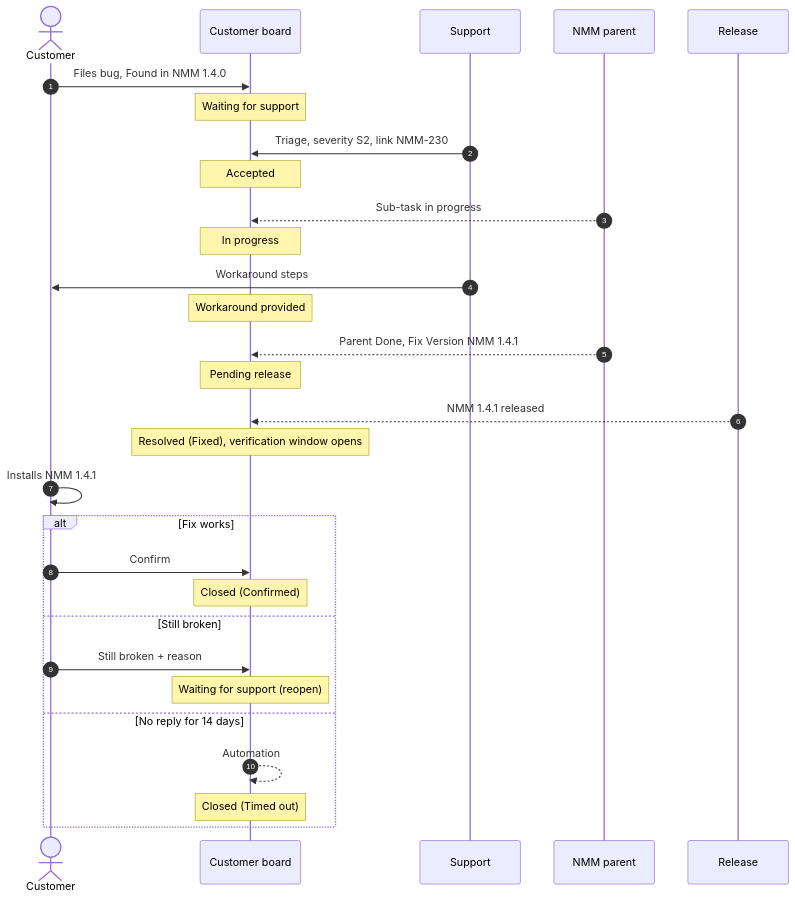
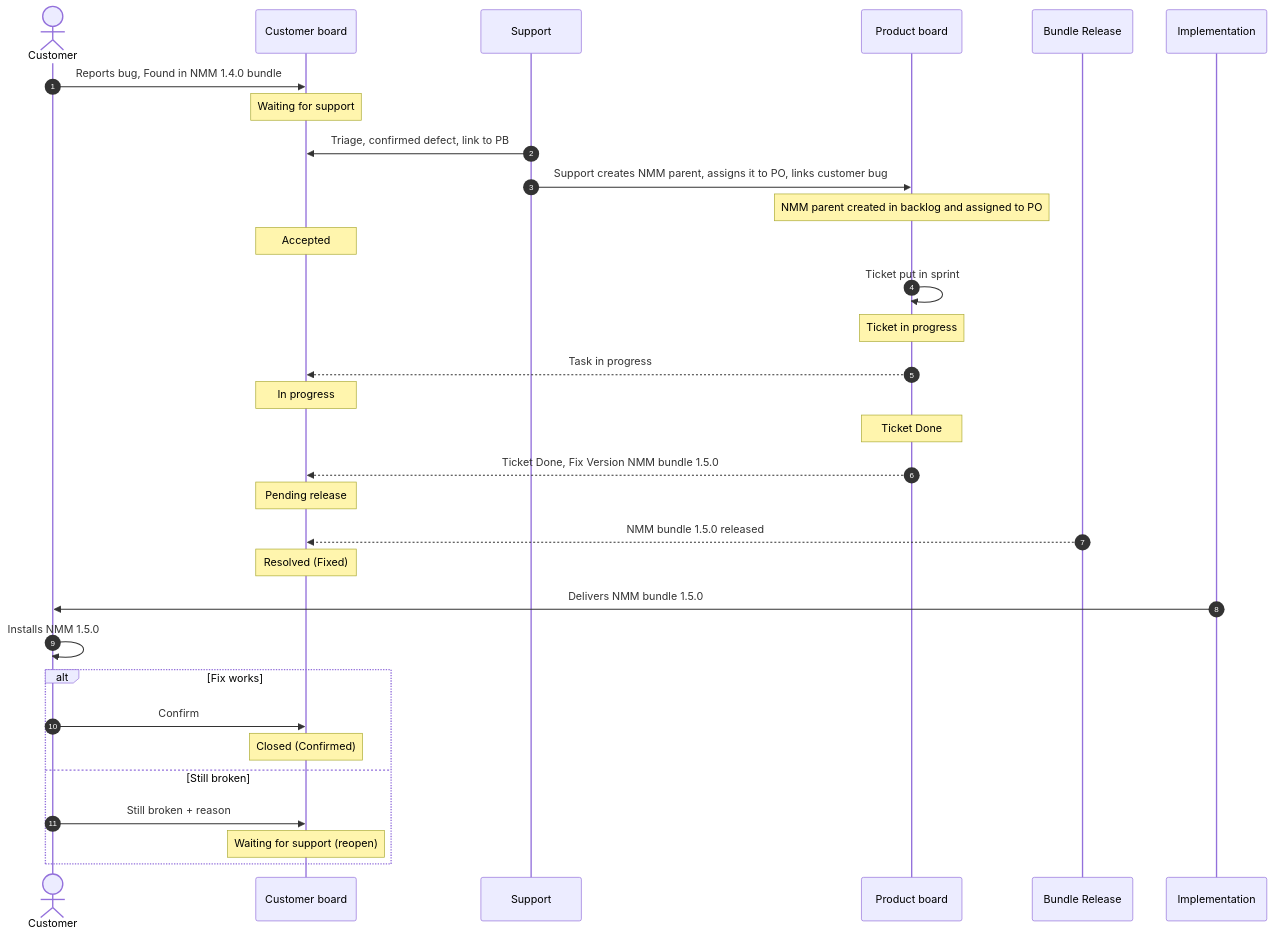
Before and after one commit to igrbesa/Release-versioning-options: the third of 4 diagrams in DEVELOPMENT_LIFECYCLE.md, drawn with Mermaid. The commit also changed other lines of this file and 1 other file, not shown here.

````diff
--- a/DEVELOPMENT_LIFECYCLE.md
+++ b/DEVELOPMENT_LIFECYCLE.md
@@ -241,33 +249,35 @@
 ```mermaid
 sequenceDiagram
     autonumber
     actor Cu as Customer
     participant CB as Customer board
     participant Su as Support
-    participant NMM as NMM parent
-    participant Rel as Release
+    participant NMM as Product board
+    participant Rel as Bundle Release
+    participant Imp as Implementation
 
-    Cu->>CB: Files bug, Found in NMM 1.4.0
+    Cu->>CB: Reports bug, Found in NMM 1.4.0 bundle
     Note over CB: Waiting for support
-    Su->>CB: Triage, severity S2, link NMM-230
+    Su->>CB: Triage, confirmed defect, link to PB
+    Su->>NMM: Support creates NMM parent, assigns it to PO, links customer bug
+    Note over NMM: NMM parent created in backlog and assigned to PO
     Note over CB: Accepted
-    NMM-->>CB: Sub-task in progress
+    NMM->>NMM: Ticket put in sprint
+    Note over NMM: Ticket in progress
+    NMM-->>CB: Task in progress
     Note over CB: In progress
-    Su->>Cu: Workaround steps
-    Note over CB: Workaround provided
-    NMM-->>CB: Parent Done, Fix Version NMM 1.4.1
+    Note over NMM: Ticket Done
+    NMM-->>CB: Ticket Done, Fix Version NMM bundle 1.5.0
     Note over CB: Pending release
-    Rel-->>CB: NMM 1.4.1 released
-    Note over CB: Resolved (Fixed), verification window opens
-    Cu->>Cu: Installs NMM 1.4.1
+    Rel-->>CB: NMM bundle 1.5.0 released
+    Note over CB: Resolved (Fixed)
+    Imp->>Cu:Delivers NMM bundle 1.5.0
+    Cu->>Cu: Installs NMM 1.5.0
     alt Fix works
         Cu->>CB: Confirm
         Note over CB: Closed (Confirmed)
     else Still broken
         Cu->>CB: Still broken + reason
         Note over CB: Waiting for support (reopen)
-    else No reply for 14 days
-        CB-->>CB: Automation
-        Note over CB: Closed (Timed out)
     end
 ```
````
